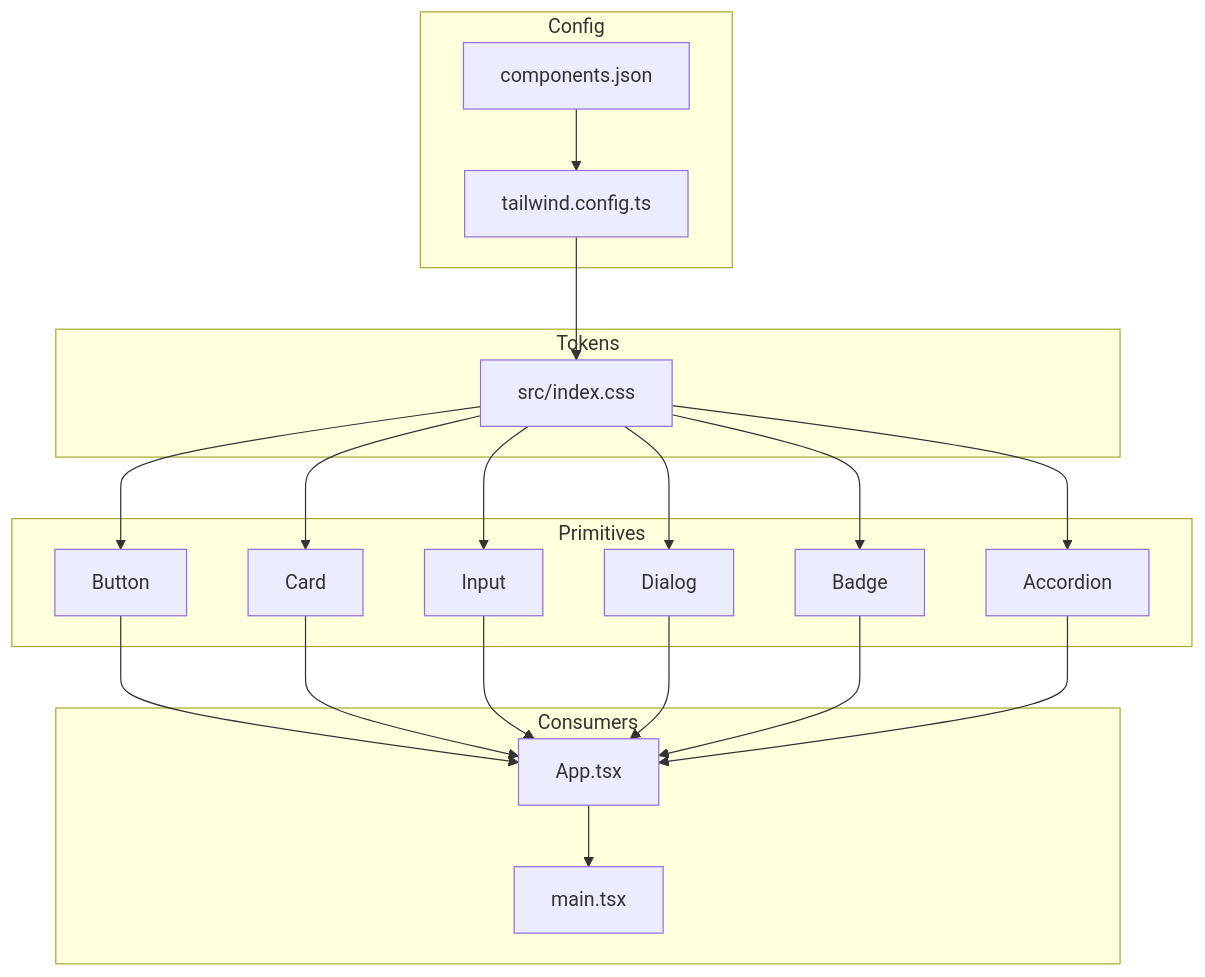
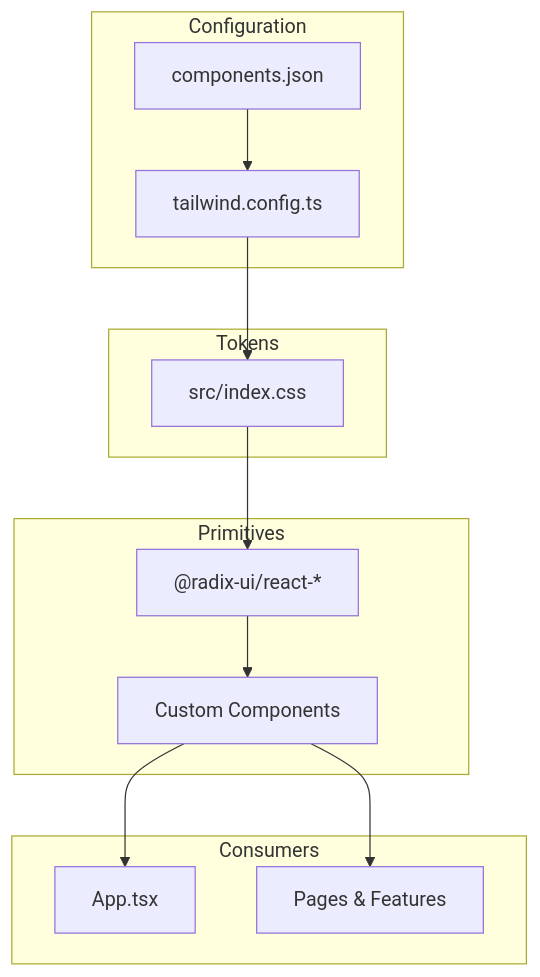
The second of 5 diagrams in .qoder/repowiki/en/content/Core Components/Shadcn UI Component Library.md (MudassarAbrar/FreshRoute-Ai), drawn with Mermaid before and after one commit. The commit also changed other lines of this file and 10 other files, not shown here.

````diff
--- a/.qoder/repowiki/en/content/Core Components/Shadcn UI Component Library.md
+++ b/.qoder/repowiki/en/content/Core Components/Shadcn UI Component Library.md
@@ -91,37 +97,24 @@
 ```mermaid
 graph TB
-subgraph "Config"
+subgraph "Configuration"
 CJ["components.json"]
 TW["tailwind.config.ts"]
 end
 subgraph "Tokens"
 CSS["src/index.css"]
 end
 subgraph "Primitives"
-BTN["Button"]
-CARD["Card"]
-INP["Input"]
-DLG["Dialog"]
-BADGE["Badge"]
-ACC["Accordion"]
+RADIX["@radix-ui/react-*"]
+CUSTOM["Custom Components"]
 end
 subgraph "Consumers"
 APP["App.tsx"]
-MAIN["main.tsx"]
+PAGES["Pages & Features"]
 end
 CJ --> TW
 TW --> CSS
-CSS --> BTN
-CSS --> CARD
-CSS --> INP
-CSS --> DLG
-CSS --> BADGE
-CSS --> ACC
-BTN --> APP
-CARD --> APP
-INP --> APP
-DLG --> APP
-BADGE --> APP
-ACC --> APP
-APP --> MAIN
+CSS --> RADIX
+RADIX --> CUSTOM
+CUSTOM --> APP
+CUSTOM --> PAGES
 ```
````
